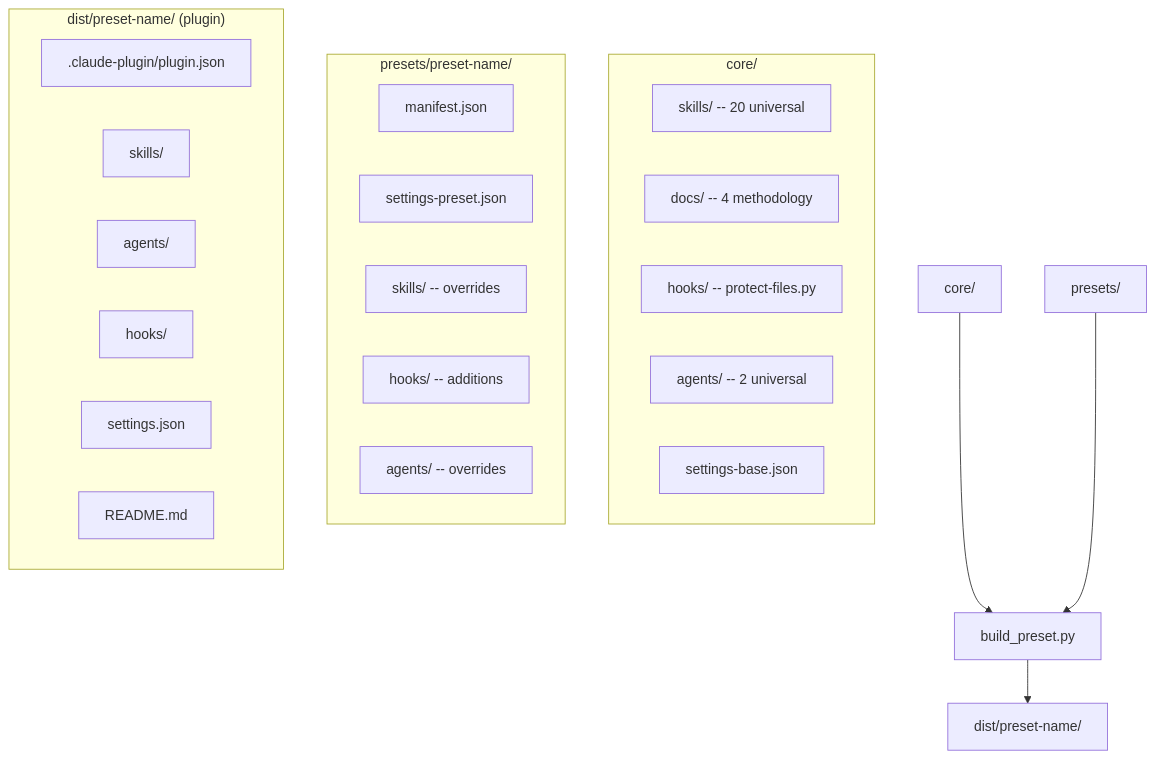
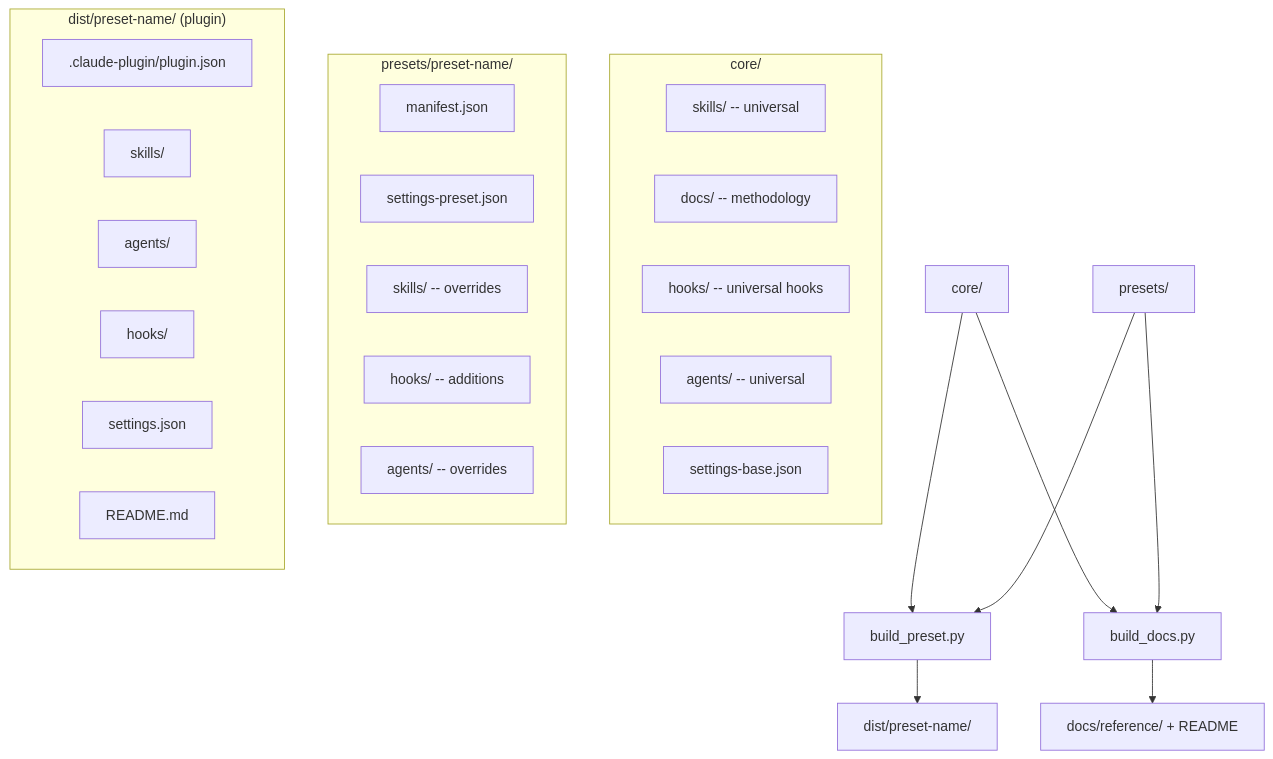
Before and after one commit to cdcoonce/the-workshop: the second of 3 diagrams in README.md, drawn with Mermaid. The commit also changed other lines of this file and 47 other files, not shown here.

````diff
--- a/README.md
+++ b/README.md
@@ -259,31 +349,35 @@
 ```mermaid
 graph TD
     CORE[core/] --> BUILD[build_preset.py]
     PRESETS[presets/] --> BUILD
     BUILD --> DIST[dist/preset-name/]
 
+    CORE --> DOCS[build_docs.py]
+    PRESETS --> DOCS
+    DOCS --> REF[docs/reference/ + README]
+
     subgraph "core/"
-        SKILLS_CORE[skills/ -- 20 universal]
-        DOCS[docs/ -- 4 methodology]
-        HOOKS_CORE[hooks/ -- protect-files.py]
-        AGENTS_CORE[agents/ -- 2 universal]
+        SKILLS_CORE[skills/ -- universal]
+        DOCS_CORE[docs/ -- methodology]
+        HOOKS_CORE[hooks/ -- universal hooks]
+        AGENTS_CORE[agents/ -- universal]
         BASE_JSON[settings-base.json]
     end
 
     subgraph "presets/preset-name/"
         MANIFEST[manifest.json]
         PRESET_JSON[settings-preset.json]
         SKILLS_PRESET[skills/ -- overrides]
         HOOKS_PRESET[hooks/ -- additions]
         AGENTS_PRESET[agents/ -- overrides]
     end
 
     subgraph "dist/preset-name/ (plugin)"
         OUT_PLUGIN[.claude-plugin/plugin.json]
         OUT_SKILLS[skills/]
         OUT_AGENTS[agents/]
         OUT_HOOKS[hooks/]
         OUT_SETTINGS[settings.json]
         OUT_README[README.md]
     end
 ```
````
